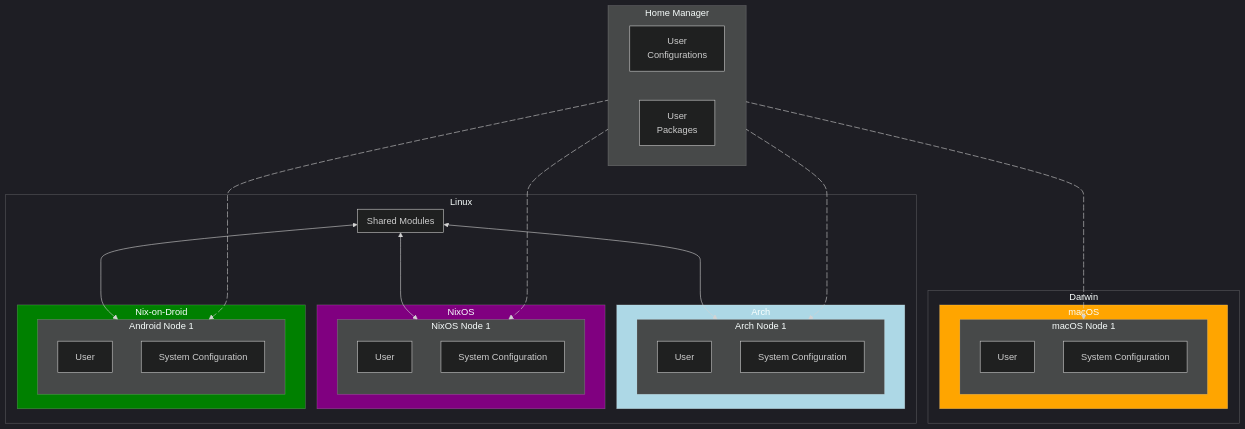
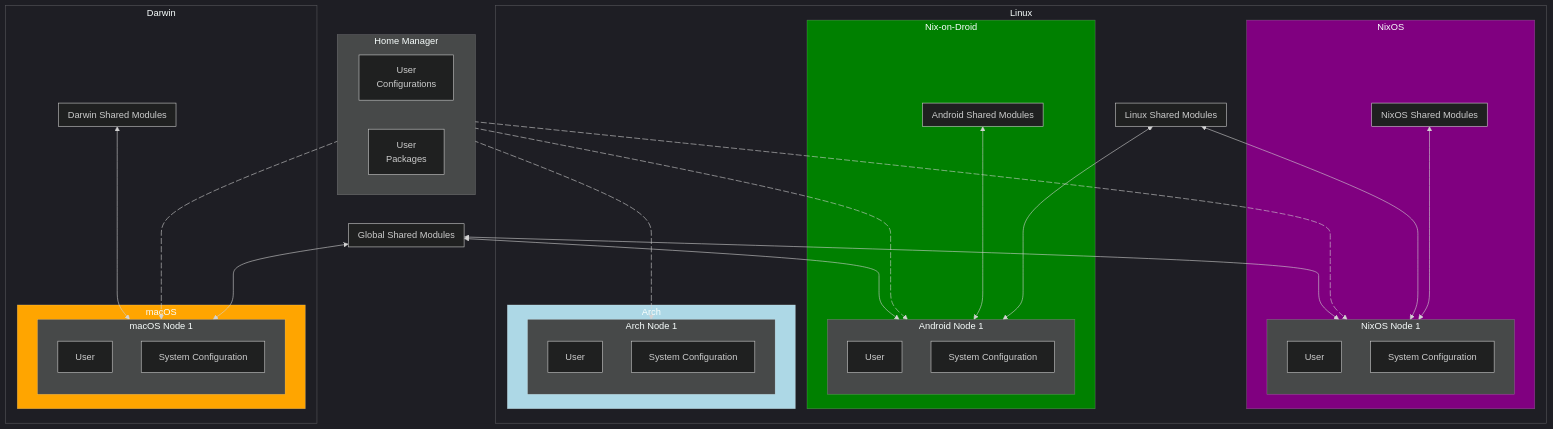
The diagram in README.md (nooneknowspeter/dotfiles), drawn with Mermaid before and after one commit. The commit also changed other lines of this file, not shown here.

```diff
--- a/README.md
+++ b/README.md
@@ -179,14 +120,24 @@
         Packages]
     end
 
+    subgraph globalSharedModules [Global Shared Modules]
+    end
+
     home-manager hm1@----> archNode1User
     home-manager hm2@----> nixosNode1User
     home-manager hm4@----> androidNode1User
     home-manager hm3@----> macosNode1User
 
+    globalSharedModules <---> androidNode1SystemConfig
+    globalSharedModules <---> nixosNode1SystemConfig
+    globalSharedModules <---> macosNode1SystemConfig
+
     subgraph linux [Linux]
-        subgraph linuxSharedModules [Shared Modules]
+        subgraph linuxSharedModules [Linux Shared Modules]
         end
+
+        linuxSharedModules <----> nixosNode1SystemConfig
+        linuxSharedModules <----> androidNode1SystemConfig
 
         subgraph arch [Arch]
             subgraph archNode1 [Arch Node 1]
@@ -197,6 +148,12 @@
         end
 
         subgraph nixos [NixOS]
+
+            subgraph nixosSharedModules [NixOS Shared Modules]
+            end
+
+            nixosSharedModules <----> nixosNode1SystemConfig
+
             subgraph nixosNode1 [NixOS Node 1]
                 direction TB
                 nixosNode1User[User]
@@ -205,6 +162,12 @@
         end
 
         subgraph android [Nix-on-Droid]
+
+            subgraph androidSharedModules [Android Shared Modules]
+            end
+
+            androidSharedModules <----> androidNode1SystemConfig
+
             subgraph androidNode1 [Android Node 1]
                 direction TB
                 androidNode1User[User]
@@ -212,13 +175,16 @@
             end
         end
 
-        linuxSharedModules <---> androidNode1SystemConfig
-        linuxSharedModules <---> nixosNode1SystemConfig
-        linuxSharedModules <---> archNode1SystemConfig
 
     end
 
     subgraph darwin [Darwin]
+
+        subgraph darwinSharedModules [Darwin Shared Modules]
+        end
+
+        darwinSharedModules <----> macosNode1SystemConfig
+
         subgraph nix-darwin [macOS]
             subgraph macosNode1 [macOS Node 1]
                 direction TB
```
